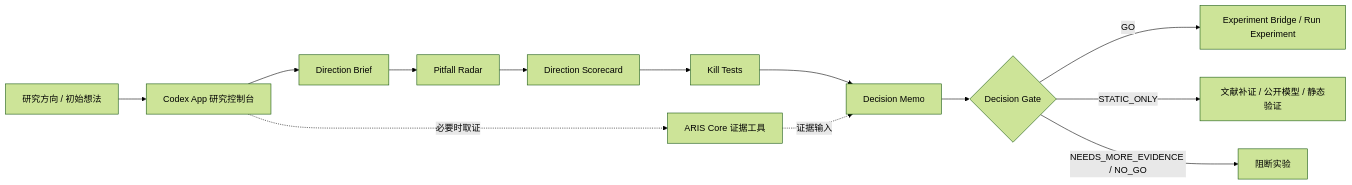
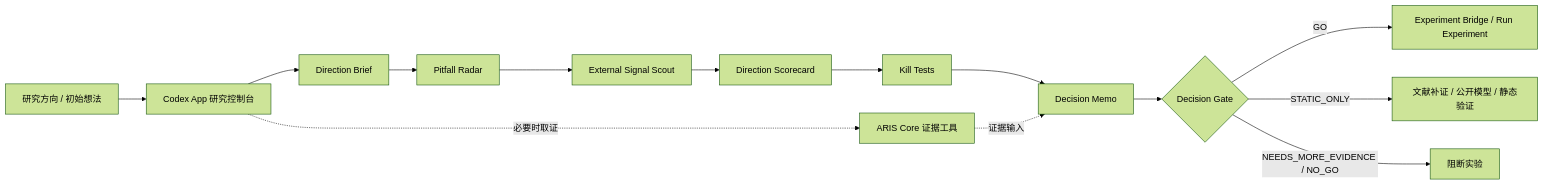
Before and after one commit to Eternite-0/CodexResearchDesk: the diagram in README.md, drawn with Mermaid (forest theme). The commit also changed other lines of this file and 13 other files, not shown here.

Commit message:
Add external signal soft-gate support

````diff
--- a/README.md
+++ b/README.md
@@ -49,15 +49,16 @@
 ```mermaid
 flowchart LR
     A["研究方向 / 初始想法"] --> B["Codex App 研究控制台"]
     B --> C["Direction Brief"]
     C --> D["Pitfall Radar"]
-    D --> E["Direction Scorecard"]
+    D --> S["External Signal Scout"]
+    S --> E["Direction Scorecard"]
     E --> F["Kill Tests"]
     F --> G["Decision Memo"]
     G --> H{"Decision Gate"}
     B -.必要时取证.-> I["ARIS Core 证据工具"]
     I -.证据输入.-> G
     H -->|GO| J["Experiment Bridge / Run Experiment"]
     H -->|STATIC_ONLY| K["文献补证 / 公开模型 / 静态验证"]
     H -->|NEEDS_MORE_EVIDENCE / NO_GO| L["阻断实验"]
 ```
````
